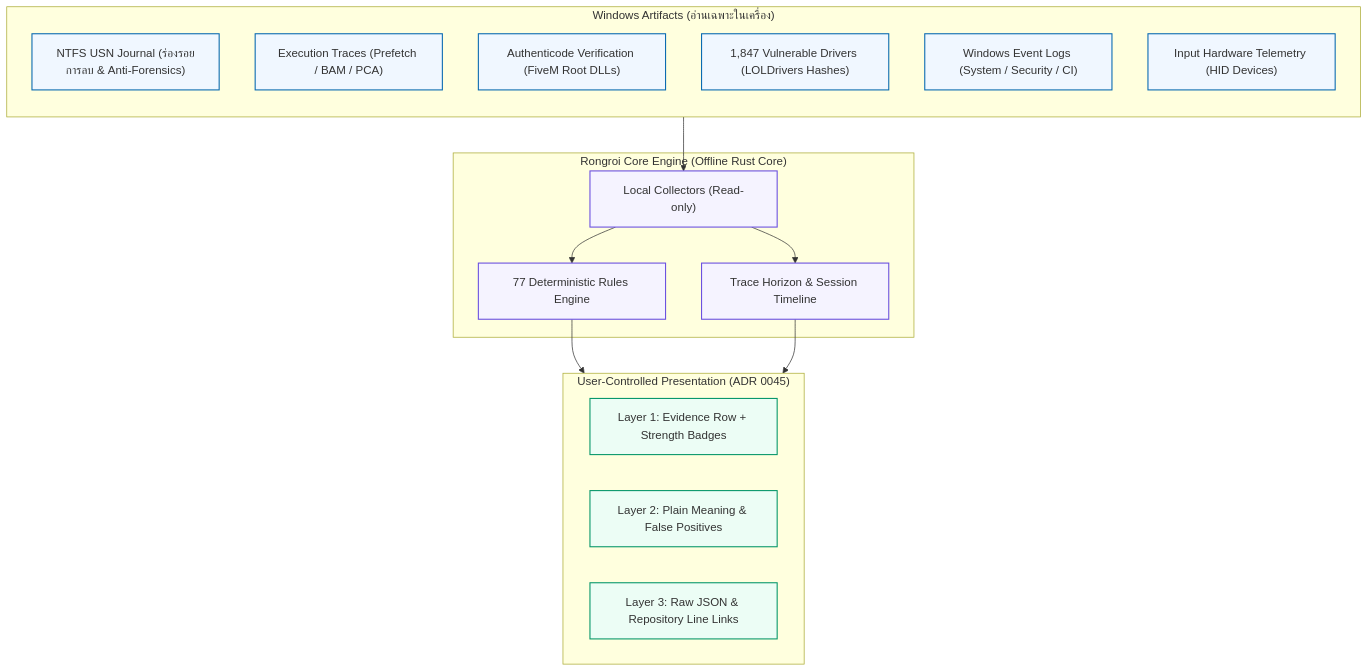
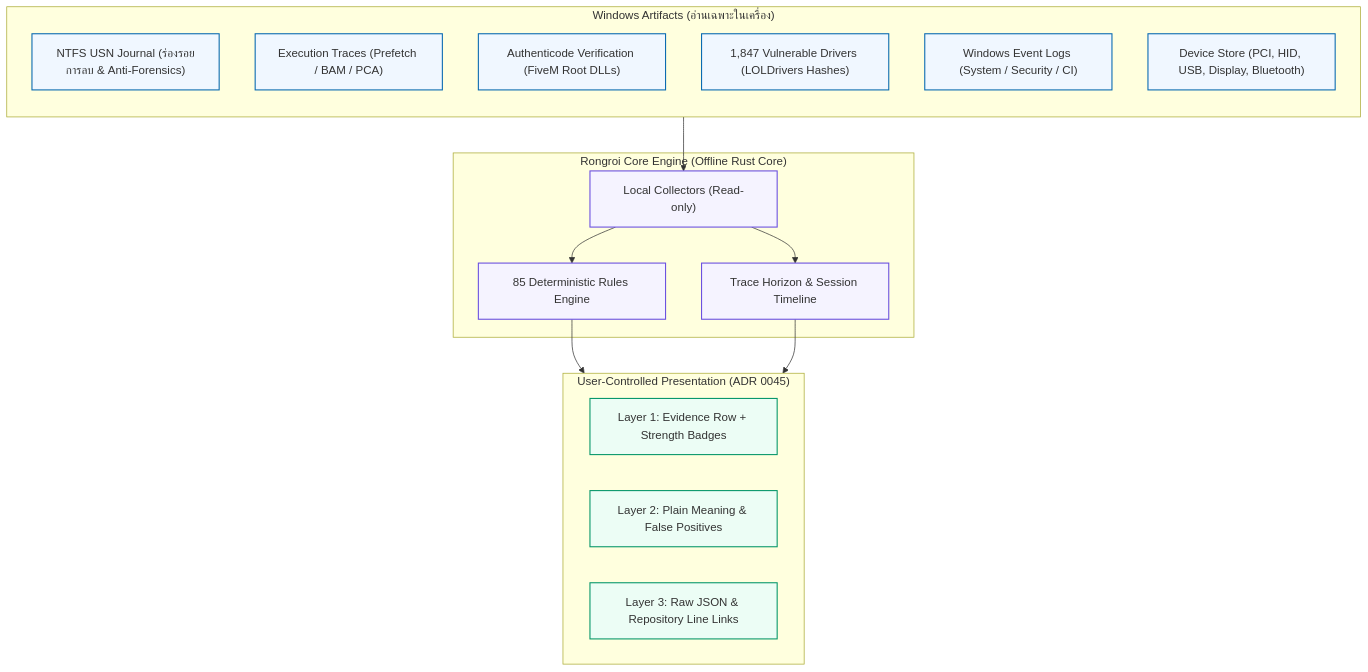
The diagram in README.th.md (aeterna/aeterna-rongroi), drawn with Mermaid before and after one commit. The commit also changed other lines of this file and 4 other files, not shown here.

````diff
--- a/README.th.md
+++ b/README.th.md
@@ -79,37 +79,37 @@
 ```mermaid
 flowchart TD
     subgraph Sources["Windows Artifacts (อ่านเฉพาะในเครื่อง)"]
         direction TB
         USN["NTFS USN Journal (ร่องรอยการลบ & Anti-Forensics)"]
         EXEC["Execution Traces (Prefetch / BAM / PCA)"]
         AUTH["Authenticode Verification (FiveM Root DLLs)"]
         LOLD["1,847 Vulnerable Drivers (LOLDrivers Hashes)"]
         EVTX["Windows Event Logs (System / Security / CI)"]
-        PERIPH["Input Hardware Telemetry (HID Devices)"]
+        PERIPH["Device Store (PCI, HID, USB, Display, Bluetooth)"]
     end
 
     subgraph Core["Rongroi Core Engine (Offline Rust Core)"]
         COLLECT["Local Collectors (Read-only)"]
-        RULES["77 Deterministic Rules Engine"]
+        RULES["85 Deterministic Rules Engine"]
         TIME["Trace Horizon & Session Timeline"]
     end
 
     subgraph Presentation["User-Controlled Presentation (ADR 0045)"]
         L1["Layer 1: Evidence Row + Strength Badges"]
         L2["Layer 2: Plain Meaning & False Positives"]
         L3["Layer 3: Raw JSON & Repository Line Links"]
     end
 
     Sources --> COLLECT
     COLLECT --> RULES
     COLLECT --> TIME
     RULES --> Presentation
     TIME --> Presentation
 
     classDef src fill:#f0f7ff,stroke:#0869b0,stroke-width:1.5px;
     classDef core fill:#f5f3ff,stroke:#6a4fe0,stroke-width:1.5px;
     classDef pres fill:#ecfdf5,stroke:#059669,stroke-width:1.5px;
     class USN,EXEC,AUTH,LOLD,EVTX,PERIPH src;
     class COLLECT,RULES,TIME core;
     class L1,L2,L3 pres;
 ```
````
